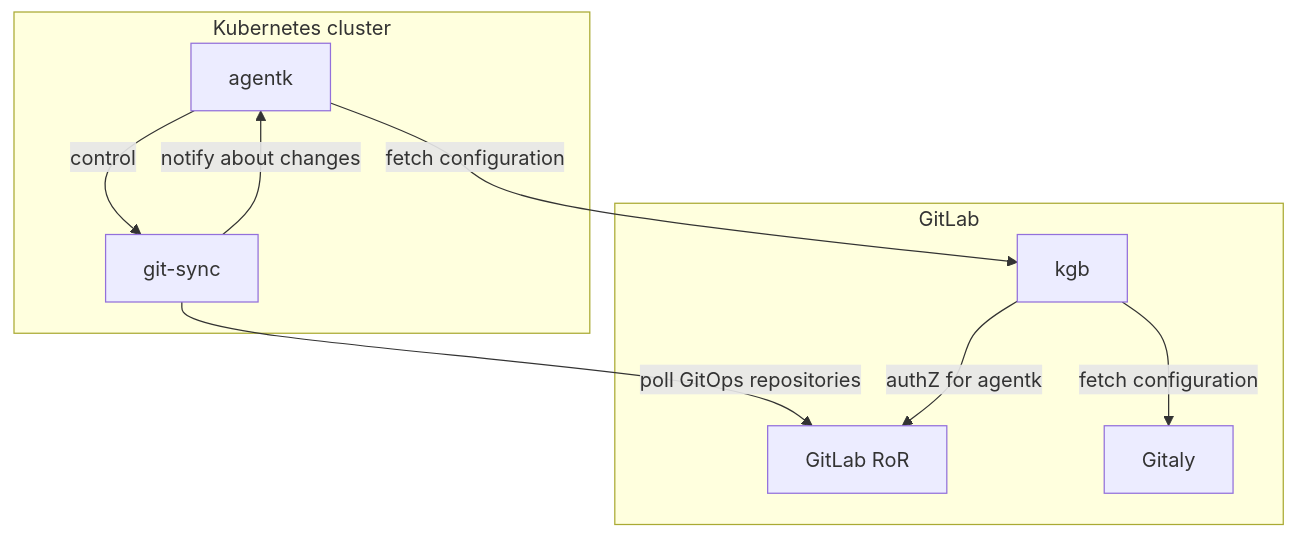
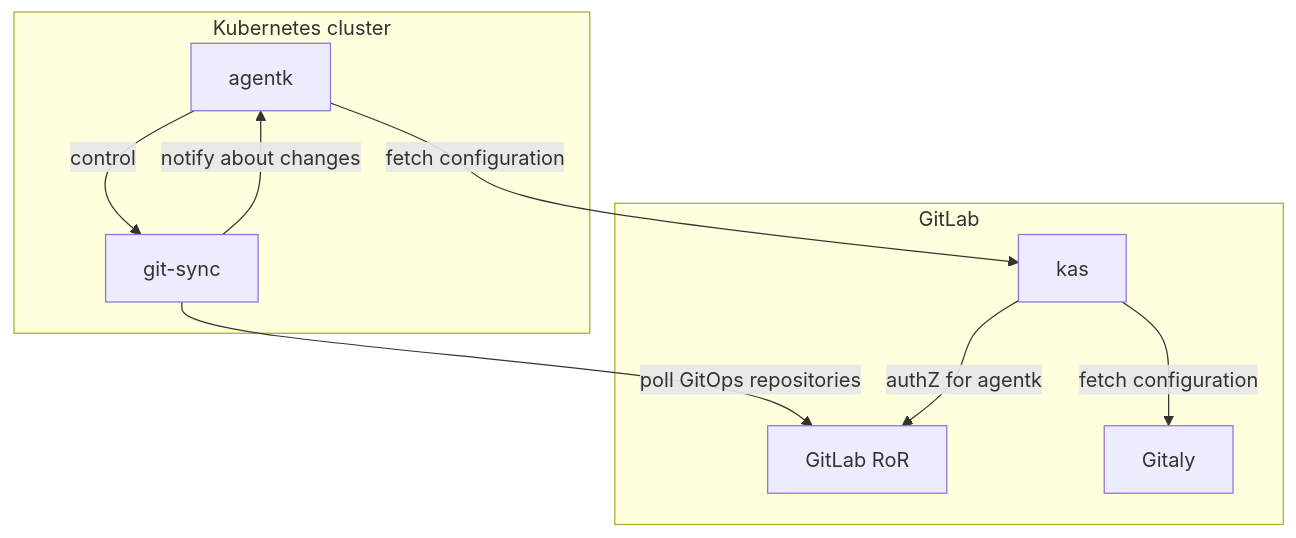
The first of 2 diagrams in doc/gitops.md (abaer123/gitlab-agent), drawn with Mermaid before and after one commit. The commit also changed other lines of this file and 20 other files, not shown here.

First line of the commit message:
Rename kgb into kas

````diff
--- a/doc/gitops.md
+++ b/doc/gitops.md
@@ -19,19 +19,19 @@
 ```mermaid
 graph TB
-  agentk -- fetch configuration --> kgb
+  agentk -- fetch configuration --> kas
   git-sync -- poll GitOps repositories --> GitLabRoR
 
   subgraph "GitLab"
-  kgb[kgb]
+  kas[kas]
   GitLabRoR[GitLab RoR]
-  kgb -- authZ for agentk --> GitLabRoR
-  kgb -- fetch configuration --> Gitaly[Gitaly]
+  kas -- authZ for agentk --> GitLabRoR
+  kas -- fetch configuration --> Gitaly[Gitaly]
   end
 
   subgraph "Kubernetes cluster"
   agentk[agentk]
   git-sync[git-sync]
   agentk -- control --> git-sync
   git-sync -- notify about changes --> agentk
   end
 ```
````
